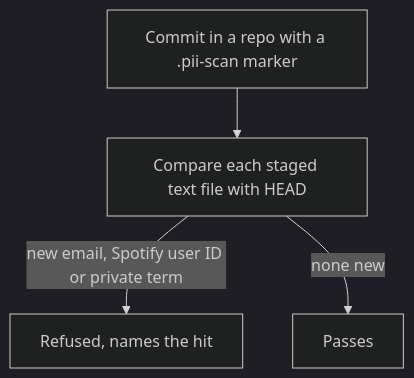
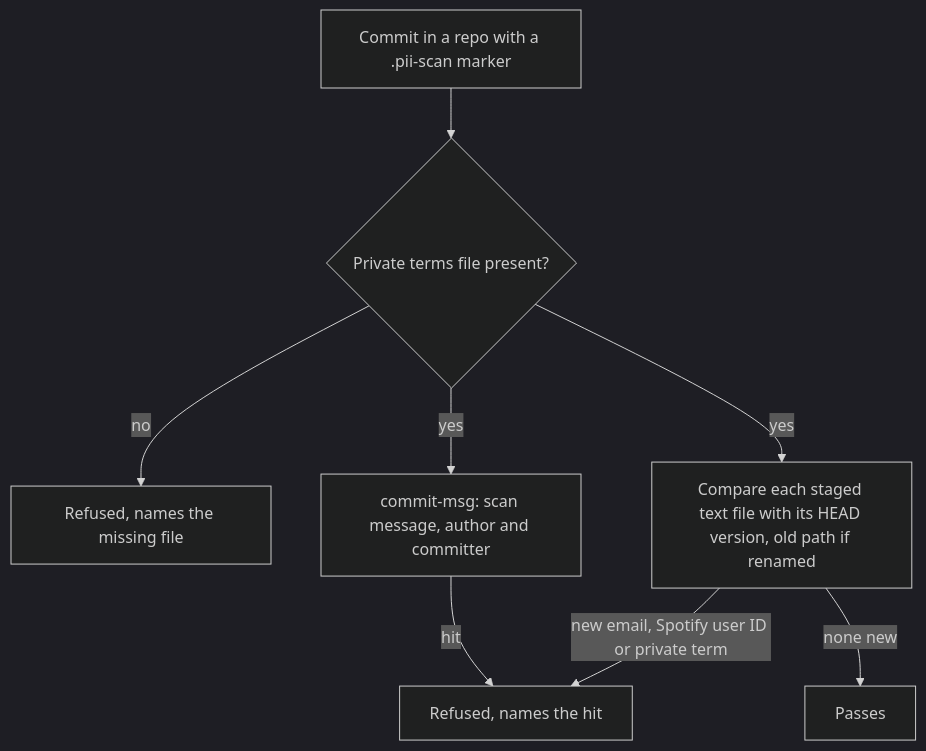
One commit to sibulus13/claudence changed the diagram in docs/work/pii-scan/README.md. Above: the diagram before and after it, drawn with Mermaid (dark theme). The commit also changed other lines of this file and 6 other files, not shown here.

Commit message:
docs: pii-scan work item, spec-locked (design, security and verify records)

````diff
--- a/docs/work/pii-scan/README.md
+++ b/docs/work/pii-scan/README.md
@@ -14,6 +14,10 @@
 ```mermaid
 flowchart TD
-  C[Commit in a repo with a .pii-scan marker] --> H[Compare each staged text file with HEAD]
+  C[Commit in a repo with a .pii-scan marker] --> T{Private terms file present?}
+  T -->|no| X[Refused, names the missing file]
+  T -->|yes| H[Compare each staged text file with its HEAD version, old path if renamed]
+  T -->|yes| M[commit-msg: scan message, author and committer]
+  M -->|hit| R
   H -->|new email, Spotify user ID or private term| R[Refused, names the hit]
   H -->|none new| P[Passes]
 ```
````
